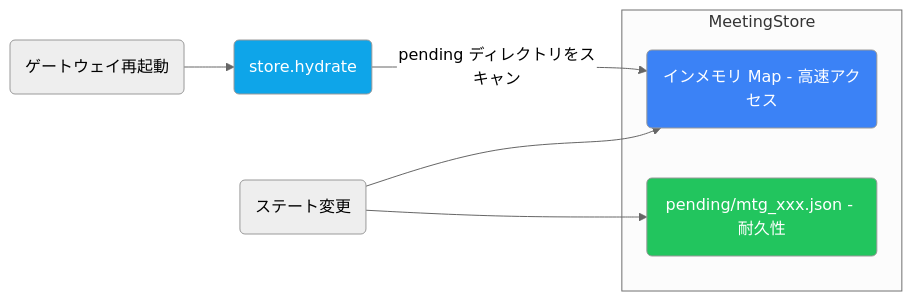
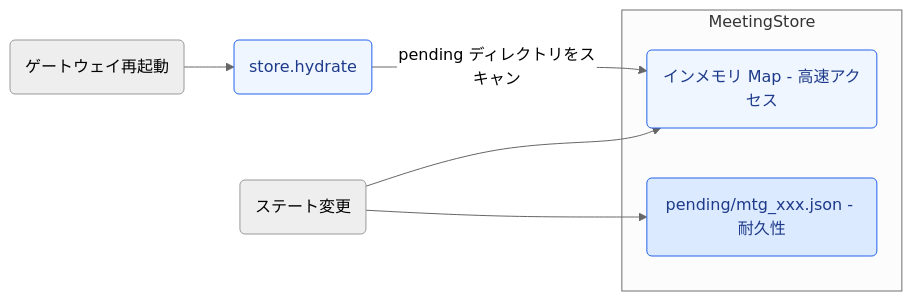
One commit to javana3/claw_meeting_all changed the tenth of 13 diagrams in README.ja.md. Above: the diagram before and after it, drawn with Mermaid (neutral theme). The commit also changed other lines of this file and 3 other files, not shown here.

````diff
--- a/README.ja.md
+++ b/README.ja.md
@@ -319,16 +319,16 @@
 ```mermaid
 graph LR
     subgraph "MeetingStore"
         MAP(インメモリ Map - 高速アクセス)
         FS(pending/mtg_xxx.json - 耐久性)
     end
 
     WRITE(ステート変更) --> MAP
     WRITE --> FS
     RESTART(ゲートウェイ再起動) --> HYDRATE(store.hydrate)
     HYDRATE -->|pending ディレクトリをスキャン| MAP
 
-    style MAP fill:#3b82f6,color:#fff
-    style FS fill:#22c55e,color:#fff
-    style HYDRATE fill:#0ea5e9,color:#fff
+    style MAP fill:#eff6ff,stroke:#2563eb,color:#1e3a8a
+    style FS fill:#dbeafe,stroke:#2563eb,color:#1e3a8a
+    style HYDRATE fill:#eff6ff,stroke:#2563eb,color:#1e3a8a
 ```
````
